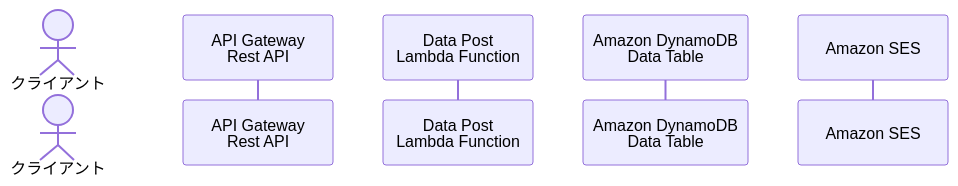
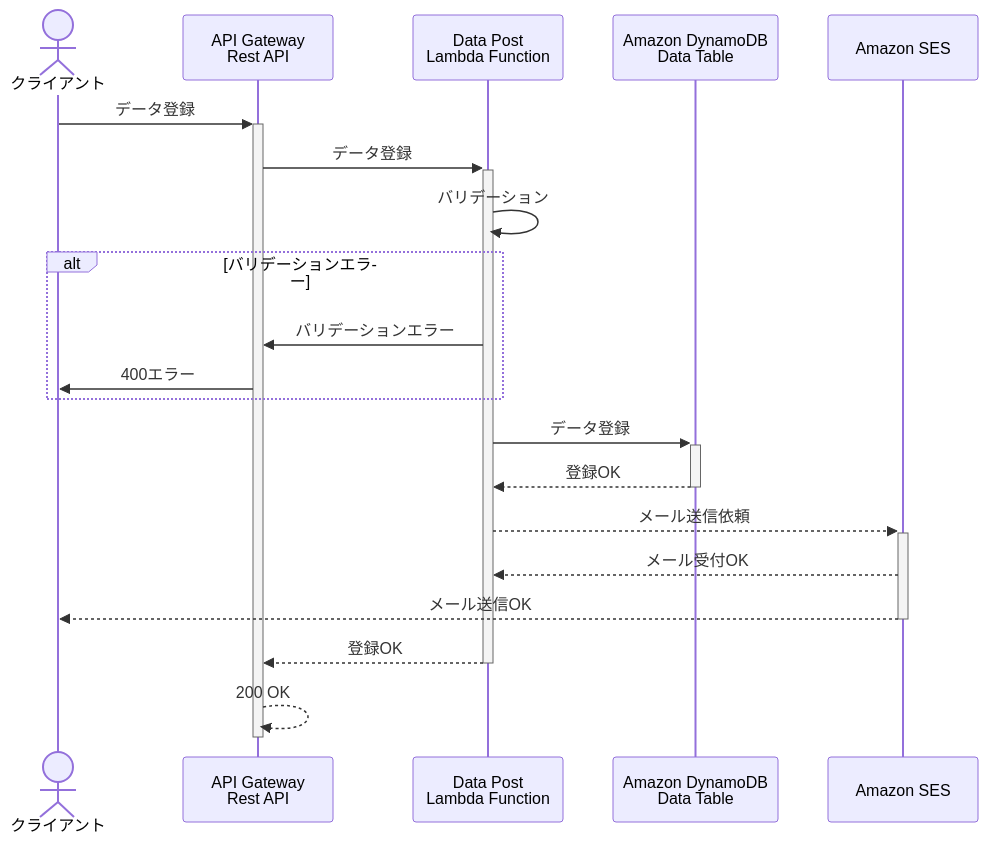
Before and after one commit to kohey/mermaid-sample: the diagram in sample.md, drawn with Mermaid.

Commit message:
Add: diagram by ->>, -->>, +, -

````diff
--- a/sample.md
+++ b/sample.md
@@ -1,8 +1,23 @@
 ```mermaid
 sequenceDiagram
   actor クライアント
   participant API as API Gateway<br/>Rest API
   participant Lambda as Data Post<br/>Lambda Function
   participant DataTable as Amazon DynamoDB<br/>Data Table
   participant SES as Amazon SES
+
+  クライアント ->>+ API: データ登録
+  API ->>+ Lambda: データ登録
+  Lambda ->> Lambda: バリデーション
+  alt バリデーションエラー
+    Lambda ->> API: バリデーションエラー
+    API ->> クライアント: 400エラー
+  end
+  Lambda ->>+ DataTable: データ登録
+  DataTable -->>- Lambda: 登録OK
+  Lambda -->>+ SES: メール送信依頼
+  SES -->> Lambda: メール受付OK
+  SES -->>- クライアント: メール送信OK
+  Lambda -->>-  API: 登録OK
+  API -->>- API: 200 OK
 ```
````
